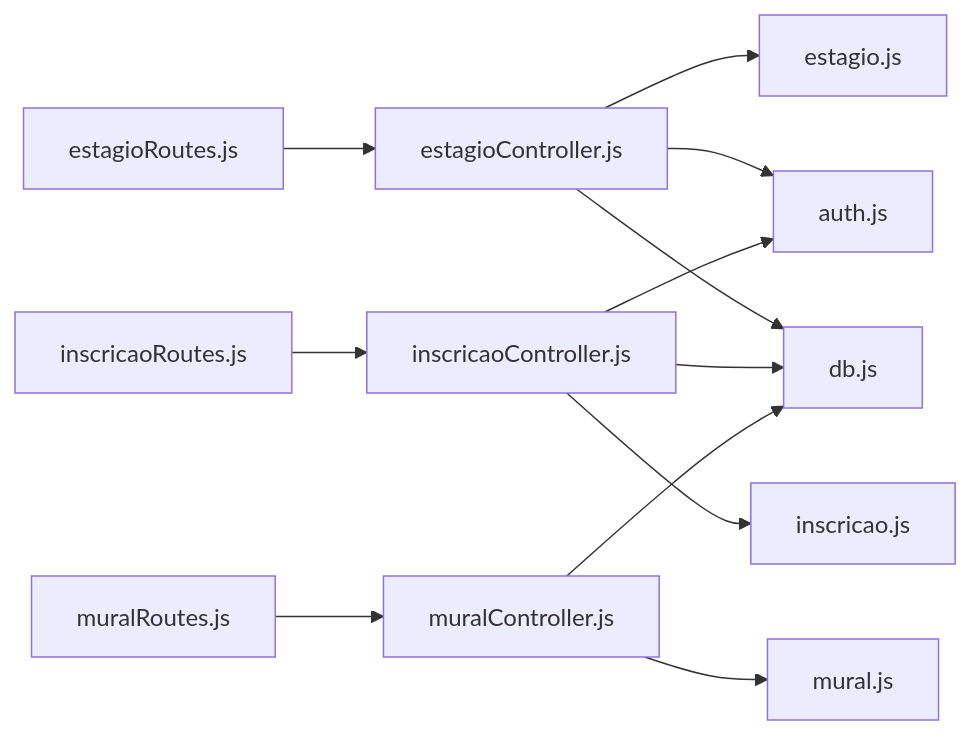
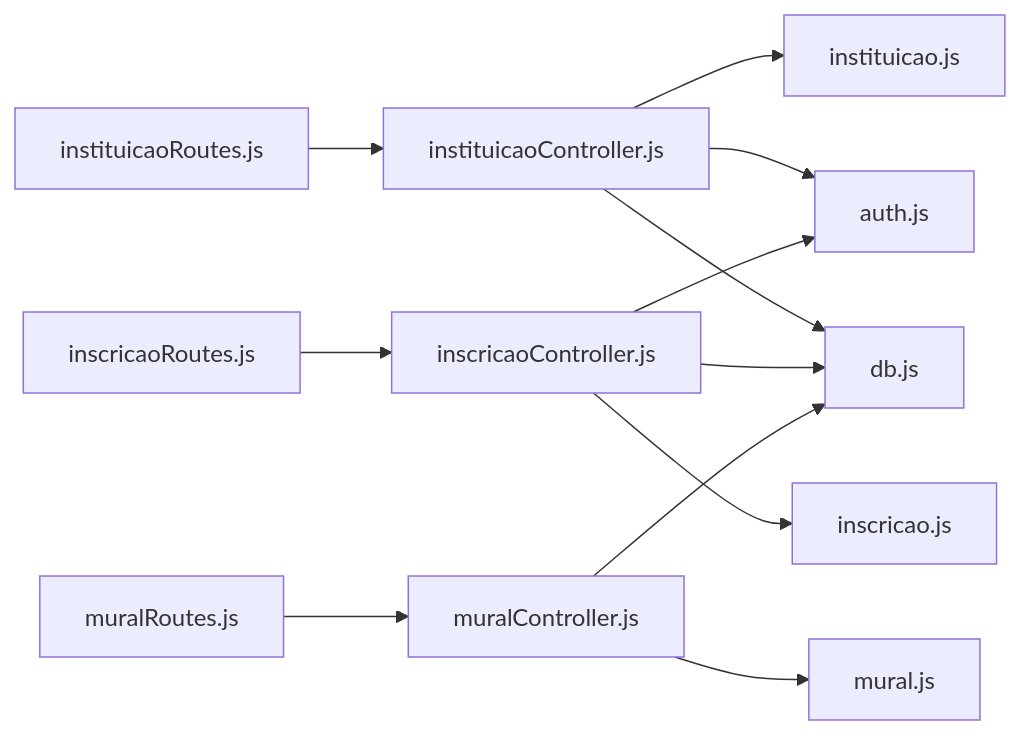
The third of 3 diagrams in .qoder/repowiki/en/content/API Reference/Internship Management APIs.md (luiseduacosta/nodemural), drawn with Mermaid before and after one commit. The commit also changed other lines of this file and 25 other files, not shown here.

````diff
--- a/.qoder/repowiki/en/content/API Reference/Internship Management APIs.md
+++ b/.qoder/repowiki/en/content/API Reference/Internship Management APIs.md
@@ -292,14 +292,14 @@
 ```mermaid
 graph LR
-ER["estagioRoutes.js"] --> EC["estagioController.js"]
+ER["instituicaoRoutes.js"] --> EC["instituicaoController.js"]
 IR["inscricaoRoutes.js"] --> IC["inscricaoController.js"]
 MR["muralRoutes.js"] --> MC["muralController.js"]
-EC --> EM["estagio.js"]
+EC --> EM["instituicao.js"]
 IC --> IM["inscricao.js"]
 MC --> MM["mural.js"]
 EC --> AM["auth.js"]
 IC --> AM
 EC --> DB["db.js"]
 IC --> DB
 MC --> DB
 ```
````
